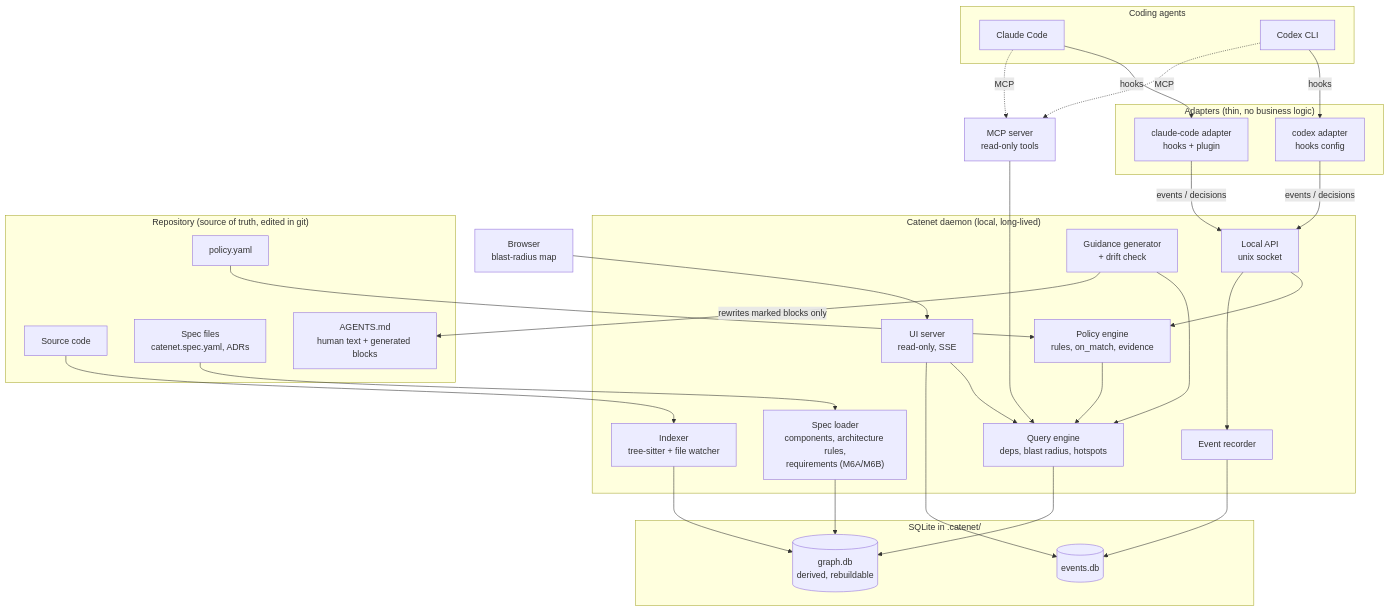
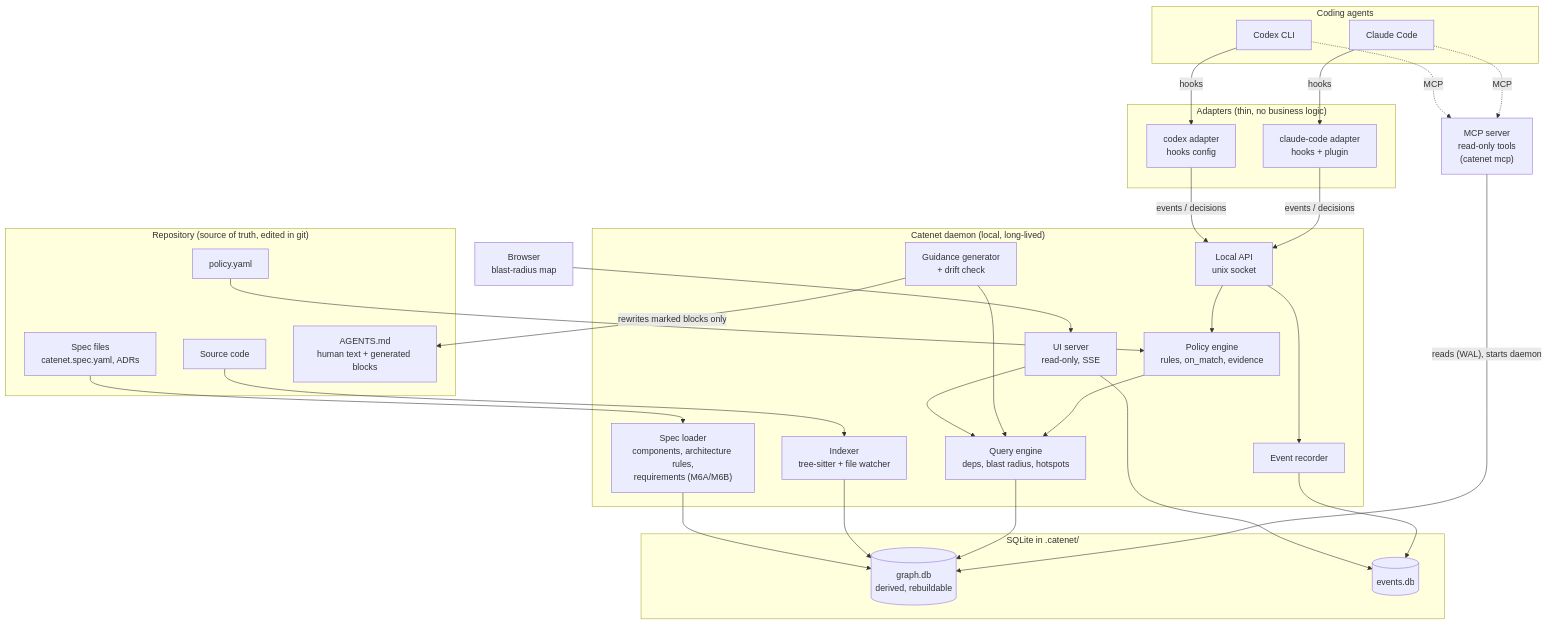
One commit to donpham7/catenet changed the first of 8 diagrams in docs/DIAGRAMS.md. Above: the diagram before and after it, drawn with Mermaid. The commit also changed other lines of this file and 50 other files, not shown here.

````diff
--- a/docs/DIAGRAMS.md
+++ b/docs/DIAGRAMS.md
@@ -10,66 +10,66 @@
 ```mermaid
 flowchart TB
   subgraph Agents["Coding agents"]
     CC["Claude Code"]
     CX["Codex CLI"]
   end
 
   subgraph Adapters["Adapters (thin, no business logic)"]
     ACC["claude-code adapter<br/>hooks + plugin"]
     ACX["codex adapter<br/>hooks config"]
   end
 
-  MCP["MCP server<br/>read-only tools"]
+  MCP["MCP server<br/>read-only tools<br/>(catenet mcp)"]
 
   subgraph Daemon["Catenet daemon (local, long-lived)"]
     API["Local API<br/>unix socket"]
     IDX["Indexer<br/>tree-sitter + file watcher"]
     SPEC["Spec loader<br/>components, architecture rules,<br/>requirements (M6A/M6B)"]
     QE["Query engine<br/>deps, blast radius, hotspots"]
     POL["Policy engine<br/>rules, on_match, evidence"]
     REC["Event recorder"]
     GEN["Guidance generator<br/>+ drift check"]
     UIS["UI server<br/>read-only, SSE"]
   end
 
   subgraph Store["SQLite in .catenet/"]
     GDB[("graph.db<br/>derived, rebuildable")]
     EDB[("events.db")]
   end
 
   subgraph Repo["Repository (source of truth, edited in git)"]
     CODE["Source code"]
     SPECF["Spec files<br/>catenet.spec.yaml, ADRs"]
     POLF["policy.yaml"]
     AGMD["AGENTS.md<br/>human text + generated blocks"]
   end
 
   BROWSER["Browser<br/>blast-radius map"]
 
   CC -- hooks --> ACC
   CX -- hooks --> ACX
   CC -. MCP .-> MCP
   CX -. MCP .-> MCP
 
   ACC -- "events / decisions" --> API
   ACX -- "events / decisions" --> API
-  MCP --> QE
+  MCP -- "reads (WAL), starts daemon" --> GDB
 
   API --> POL
   API --> REC
   POL --> QE
   QE --> GDB
   IDX --> GDB
   SPEC --> GDB
   REC --> EDB
 
   CODE --> IDX
   SPECF --> SPEC
   POLF --> POL
   GEN --> QE
   GEN -- "rewrites marked blocks only" --> AGMD
 
   UIS --> QE
   UIS --> EDB
   BROWSER --> UIS
 ```
````
